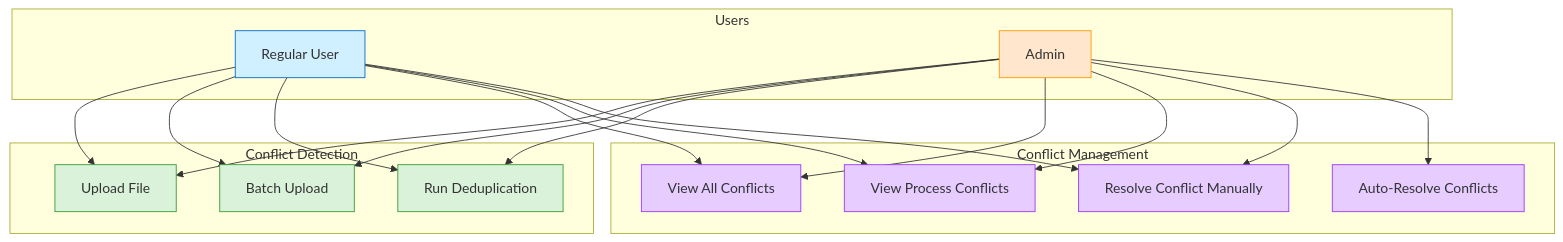
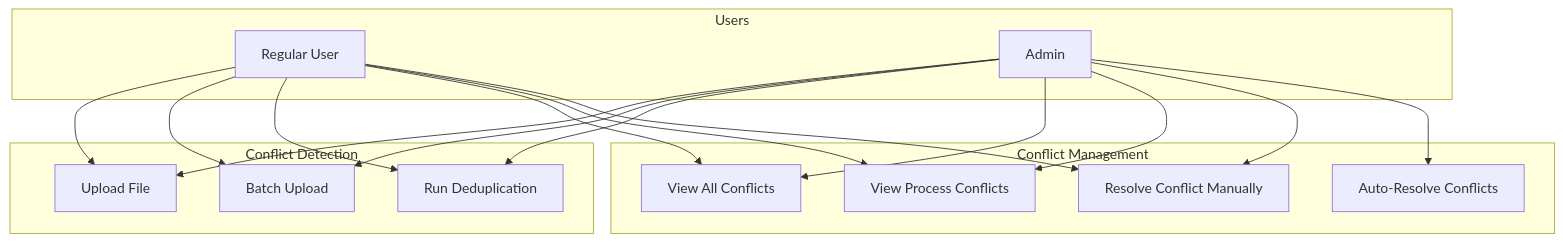
The first of 5 diagrams in Documentation/Conflict.md (fares1919-ltrch/Backend-stage), drawn with Mermaid before and after one commit. The commit also changed other lines of this file and 20 other files, not shown here.

````diff
--- a/Documentation/Conflict.md
+++ b/Documentation/Conflict.md
@@ -9,45 +9,41 @@
 ```mermaid
 graph TD
     subgraph Users
         User[Regular User]
         Admin[Admin]
     end
 
     subgraph Conflict Detection
         UploadFile[Upload File]
         BatchUpload[Batch Upload]
         RunDeduplication[Run Deduplication]
     end
 
     subgraph Conflict Management
         ViewConflicts[View All Conflicts]
         ViewProcessConflicts[View Process Conflicts]
         ResolveConflict[Resolve Conflict Manually]
         AutoResolve[Auto-Resolve Conflicts]
     end
 
     User --> UploadFile
     User --> BatchUpload
     User --> RunDeduplication
     User --> ViewConflicts
     User --> ViewProcessConflicts
     User --> ResolveConflict
 
     Admin --> UploadFile
     Admin --> BatchUpload
     Admin --> RunDeduplication
     Admin --> ViewConflicts
     Admin --> ViewProcessConflicts
     Admin --> ResolveConflict
     Admin --> AutoResolve
 
-    classDef user fill:#d1f0ff,stroke:#0066cc
-    classDef admin fill:#ffe6cc,stroke:#ff9900
-    classDef detection fill:#d9f2d9,stroke:#339933
-    classDef management fill:#e6ccff,stroke:#9933ff
 
     class User user
     class Admin admin
     class UploadFile,BatchUpload,RunDeduplication detection
     class ViewConflicts,ViewProcessConflicts,ResolveConflict,AutoResolve management
 ```
````
